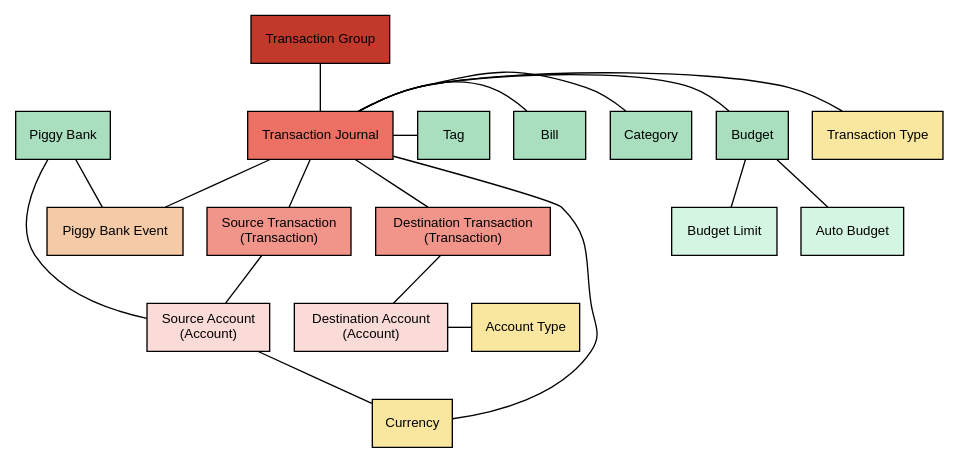
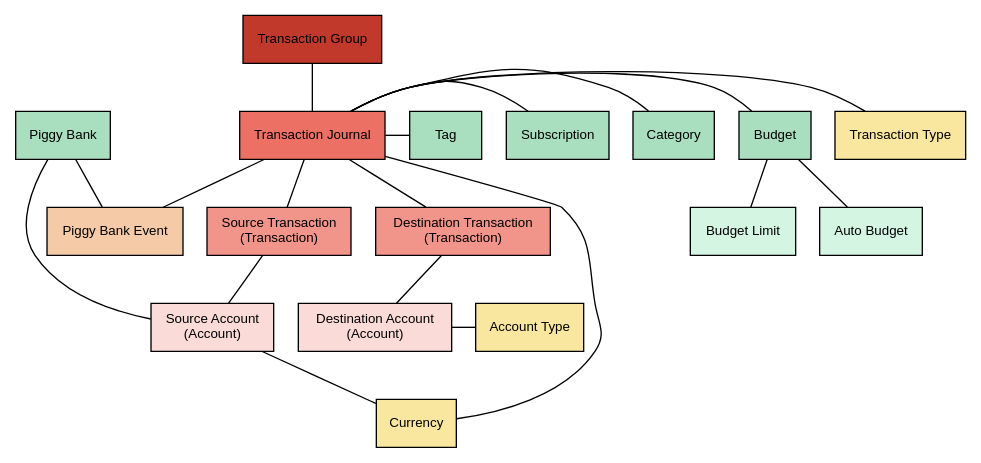
The diagram in docs/docs/images/explanation/more-information/database.dot (firefly-iii/docs), drawn with Graphviz before and after one commit. The commit also changed 23 other files, not shown here.

```diff
--- a/docs/docs/images/explanation/more-information/database.dot
+++ b/docs/docs/images/explanation/more-information/database.dot
@@ -1,104 +1,104 @@
 digraph G {
     graph [fontname = "helvetica",fontsize = 10];
     node [fontname = "helvetica",fontsize = 10];
     edge [fontname = "helvetica",fontsize = 10];
 
     // dot -Tpng database.dot -o database.png
 
     "type"         [shape = box,style=filled,fillcolor="#f9e79f",label = "Transaction Type"];
     "src_account"      [shape = box,style=filled,fillcolor="#fadbd8",label = "Source Account\n(Account)"];
     "dst_account"      [shape = box,style=filled,fillcolor="#fadbd8",label = "Destination Account\n(Account)"];
     "account_type"     [shape = box,style=filled,fillcolor="#f9e79f",label = "Account Type"];
     "src_transaction"  [shape = box,style=filled,fillcolor="#f1948a",label = "Source Transaction\n(Transaction)"];
     "dst_transaction"  [shape = box,style=filled,fillcolor="#f1948a",label = "Destination Transaction\n(Transaction)"];
 
     "tj"           [shape = box,style=filled,fillcolor="#ec7063",label = "Transaction Journal"];
     "tgroup"       [shape = box,style=filled,fillcolor="#c0392b",label = "Transaction Group"];
     "budget"       [shape = box,style=filled,fillcolor="#a9dfbf",label = "Budget"];
     "category"     [shape = box,style=filled,fillcolor="#a9dfbf",label = "Category"];
     "currency"     [shape = box,style=filled,fillcolor="#f9e79f",label = "Currency"];
-    "bill"         [shape = box,style=filled,fillcolor="#a9dfbf",label = "Bill"];
+    "subscription"         [shape = box,style=filled,fillcolor="#a9dfbf",label = "Subscription"];
     "piggy"        [shape = box,style=filled,fillcolor="#a9dfbf",label = "Piggy Bank"];
     "piggy_event"  [shape = box,style=filled,fillcolor="#f5cba7",label = "Piggy Bank Event"];
     "tag"          [shape = box,style=filled,fillcolor="#a9dfbf",label = "Tag"];
 
     "budget_limit"       [shape = box,style=filled,fillcolor="#d5f5e3",label = "Budget Limit"];
     "auto_budget"       [shape = box,style=filled,fillcolor="#d5f5e3",label = "Auto Budget"];
 
     // group to account
     tgroup -> tj [arrowhead = none];
     tj -> src_transaction [arrowhead = none];
     tj -> dst_transaction [arrowhead = none];
     src_transaction -> src_account [arrowhead = none];
     dst_transaction -> dst_account [arrowhead = none];
 
     // link transaction journal to transaction type
     tj -> type [arrowhead = none];
 
     // link destination account to account type
     dst_account -> account_type [arrowhead = none];
 
     // meta data voor journal:
     tj -> budget [arrowhead = none];
     tj -> category [arrowhead = none];
-    tj -> bill [arrowhead = none];
+    tj -> subscription [arrowhead = none];
     tj -> tag [arrowhead = none];
 
     // journal and account have a currency
     src_account -> currency [arrowhead = none];
     tj -> currency [arrowhead = none];
 
     // link piggy to event
     piggy -> src_account [arrowhead = none];
     piggy -> piggy_event [arrowhead = none];
 
     // link piggy to journal
     tj -> piggy_event [arrowhead = none];
 
     // link budget limit and auto budget
     budget -> budget_limit [arrowhead = none];
     budget -> auto_budget [arrowhead = none];
 
-    {rank = same; tj; type; budget; category; bill; tag}
+    {rank = same; tj; type; budget; category; subscription; tag}
     {rank = same; dst_account; account_type;}
 
 
     //
     //
     //type -> tj  [arrowhead = none];
-    
+
     // budget -> tj [arrowhead = none];
     // category -> tj  [arrowhead = none];
-    // bill -> tj [arrowhead = none];
+    // subscription -> tj [arrowhead = none];
     // currency -> tj [arrowhead = none];
     // currency -> tj [arrowhead = none];
     // currency -> account [arrowhead = none];
     // tag -> tj [arrowhead = none];
     // account -> piggy [arrowhead = none];
     // account_type -> account [arrowhead = none];
     // piggy -> piggy_event [arrowhead = none];
     // tj -> piggy_event [arrowhead = none];
 
     // rule_group -> rule [arrowhead = none];
     // rule -> rule_action [arrowhead = none];
     // rule -> rule_trigger [arrowhead = none];
 
     // src_account -> account;
     // dst_account -> account;
 
     // src_transaction -> transaction;
     // dst_transaction -> transaction;
 
     // "recurrence"               [shape = box           ,style = filled,fillcolor = white,label = "Recurrence"];
     // "recurrence_transaction"   [shape = box           ,style = filled,fillcolor = white,label = "Recurring Transaction"];
     // "recurrence_repetition"    [shape = box           ,style = filled,fillcolor = white,label = "Recurring Repetition"];
 
     // recurrence -> recurrence_transaction;
     // recurrence -> recurrence_repetition;
     // "note"     [shape = box           ,style = filled,fillcolor = white,label = "Note"];
     // "attachment"     [shape = box           ,style = filled,fillcolor = white,label = "Attachment"];
     // "location"     [shape = box           ,style = filled,fillcolor = white,label = "Location"];
 
 
 
 }
```
